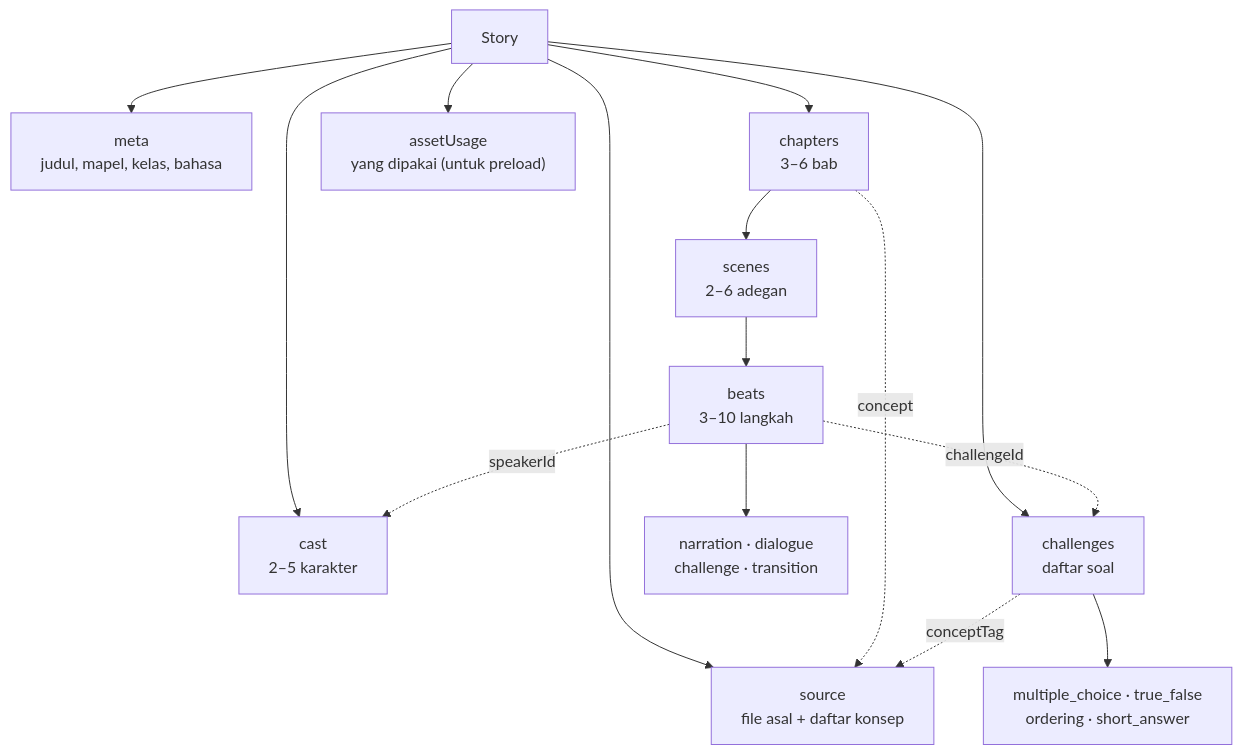
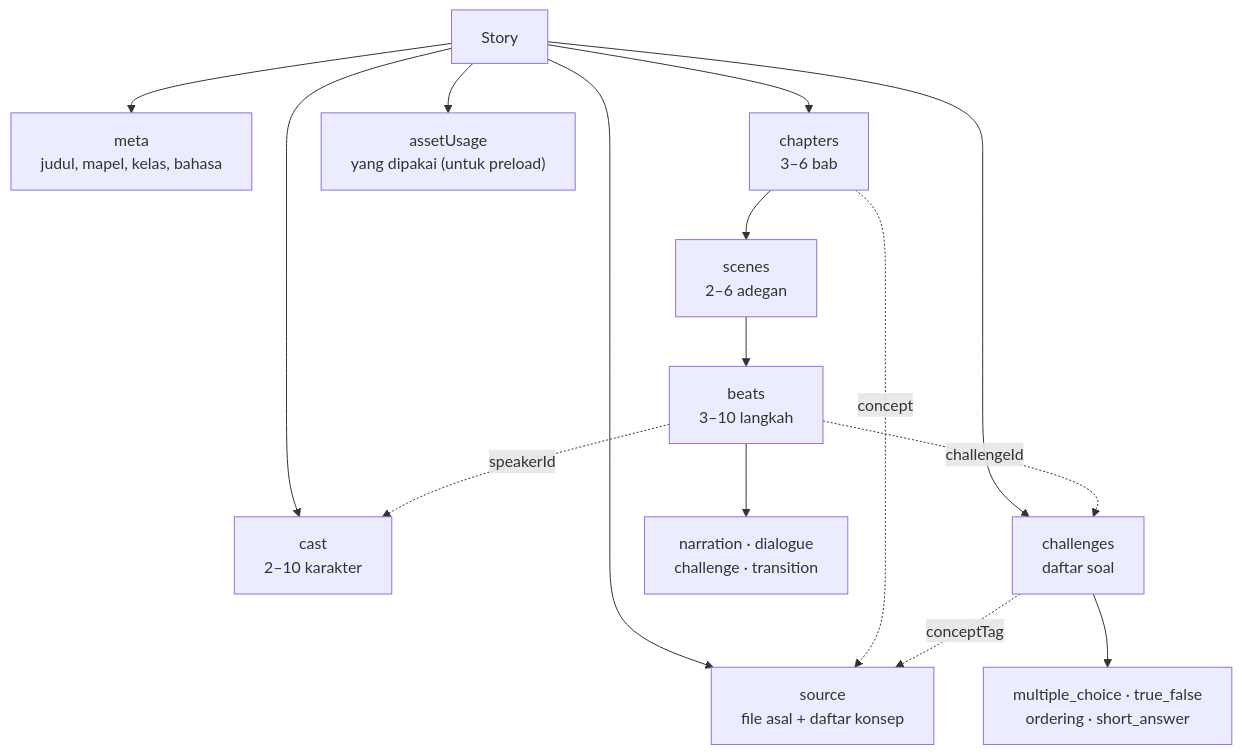
Before and after one commit to justeita/ClassQuest: the diagram in docs/02-data-model/story-schema.md, drawn with Mermaid. The commit also changed other lines of this file and 9 other files, not shown here.

Commit message:
feat(story): perluas cast hingga 10 karakter

````diff
--- a/docs/02-data-model/story-schema.md
+++ b/docs/02-data-model/story-schema.md
@@ -43,20 +43,20 @@
 ```mermaid
 flowchart TD
   S["Story"] --> M["meta<br/>judul, mapel, kelas, bahasa"]
   S --> SR["source<br/>file asal + daftar konsep"]
-  S --> C["cast<br/>2–5 karakter"]
+  S --> C["cast<br/>2–10 karakter"]
   S --> CH["chapters<br/>3–6 bab"]
   S --> CL["challenges<br/>daftar soal"]
   S --> AU["assetUsage<br/>yang dipakai (untuk preload)"]
 
   CH --> SC["scenes<br/>2–6 adegan"]
   SC --> B["beats<br/>3–10 langkah"]
   B --> BT["narration · dialogue<br/>challenge · transition"]
 
   CL --> QT["multiple_choice · true_false<br/>ordering · short_answer"]
 
   B -.->|"challengeId"| CL
   B -.->|"speakerId"| C
   CH -.->|"concept"| SR
   CL -.->|"conceptTag"| SR
 ```
````
